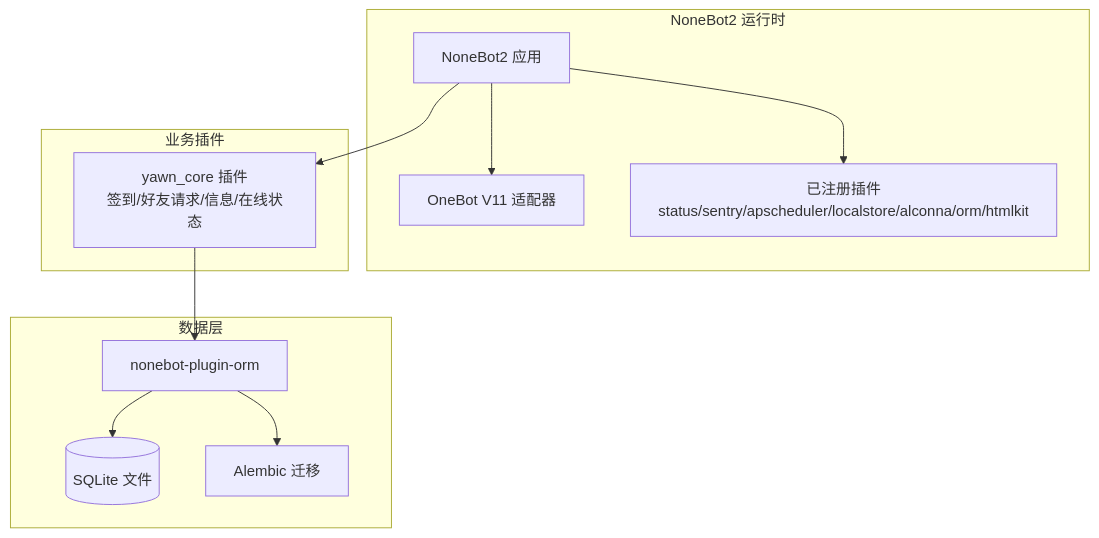
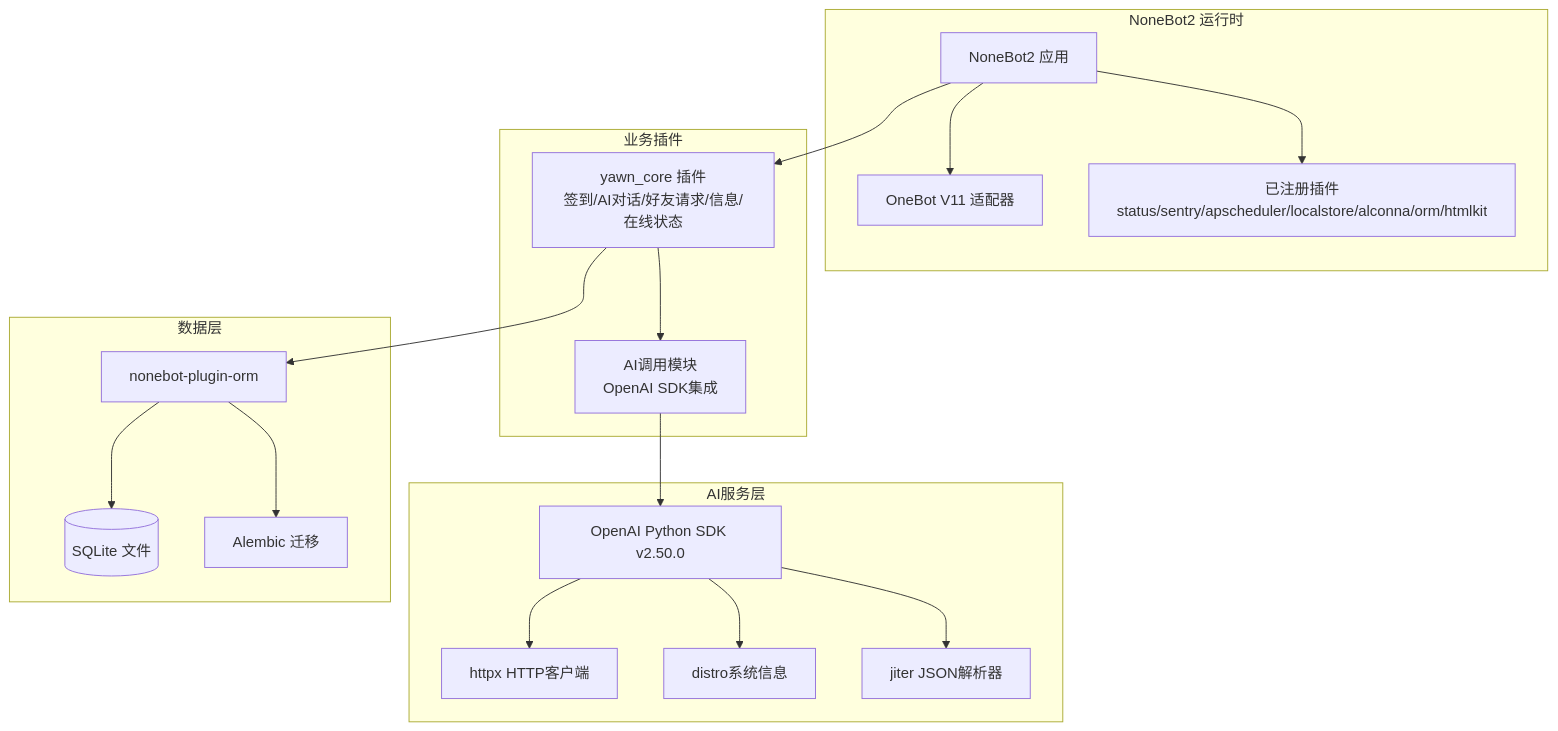
Before and after one commit to Wohaokunr/yawn_bot: the second of 4 diagrams in .qoder/repowiki/zh/content/配置与部署.md, drawn with Mermaid. The commit also changed other lines of this file and 13 other files, not shown here.

````diff
--- a/.qoder/repowiki/zh/content/配置与部署.md
+++ b/.qoder/repowiki/zh/content/配置与部署.md
@@ -78,22 +87,34 @@
 ```mermaid
 graph TB
 subgraph "NoneBot2 运行时"
 NB["NoneBot2 应用"]
 ADP["OneBot V11 适配器"]
 PLUGINS["已注册插件<br/>status/sentry/apscheduler/localstore/alconna/orm/htmlkit"]
 end
 subgraph "业务插件"
-YC["yawn_core 插件<br/>签到/好友请求/信息/在线状态"]
+YC["yawn_core 插件<br/>签到/AI对话/好友请求/信息/在线状态"]
+AC["AI调用模块<br/>OpenAI SDK集成"]
+end
+subgraph "AI服务层"
+OAI["OpenAI Python SDK v2.50.0"]
+HTTPX["httpx HTTP客户端"]
+DISTRO["distro系统信息"]
+JITER["jiter JSON解析器"]
 end
 subgraph "数据层"
 ORM["nonebot-plugin-orm"]
 DB[("SQLite 文件")]
 MIG["Alembic 迁移"]
 end
 NB --> ADP
 NB --> PLUGINS
 NB --> YC
+YC --> AC
+AC --> OAI
+OAI --> HTTPX
+OAI --> DISTRO
+OAI --> JITER
 YC --> ORM
 ORM --> DB
 ORM --> MIG
 ```
````
